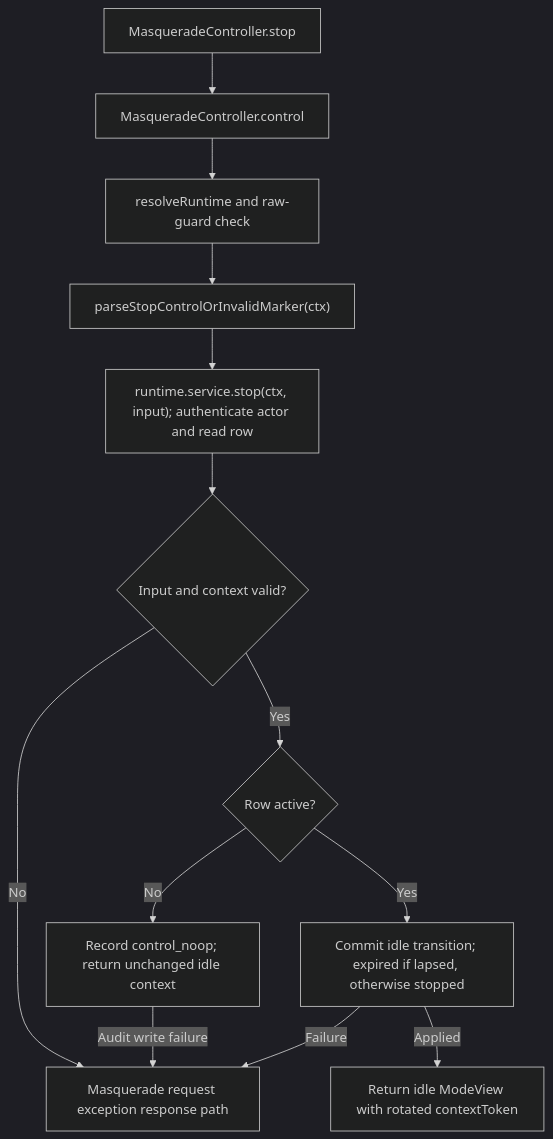
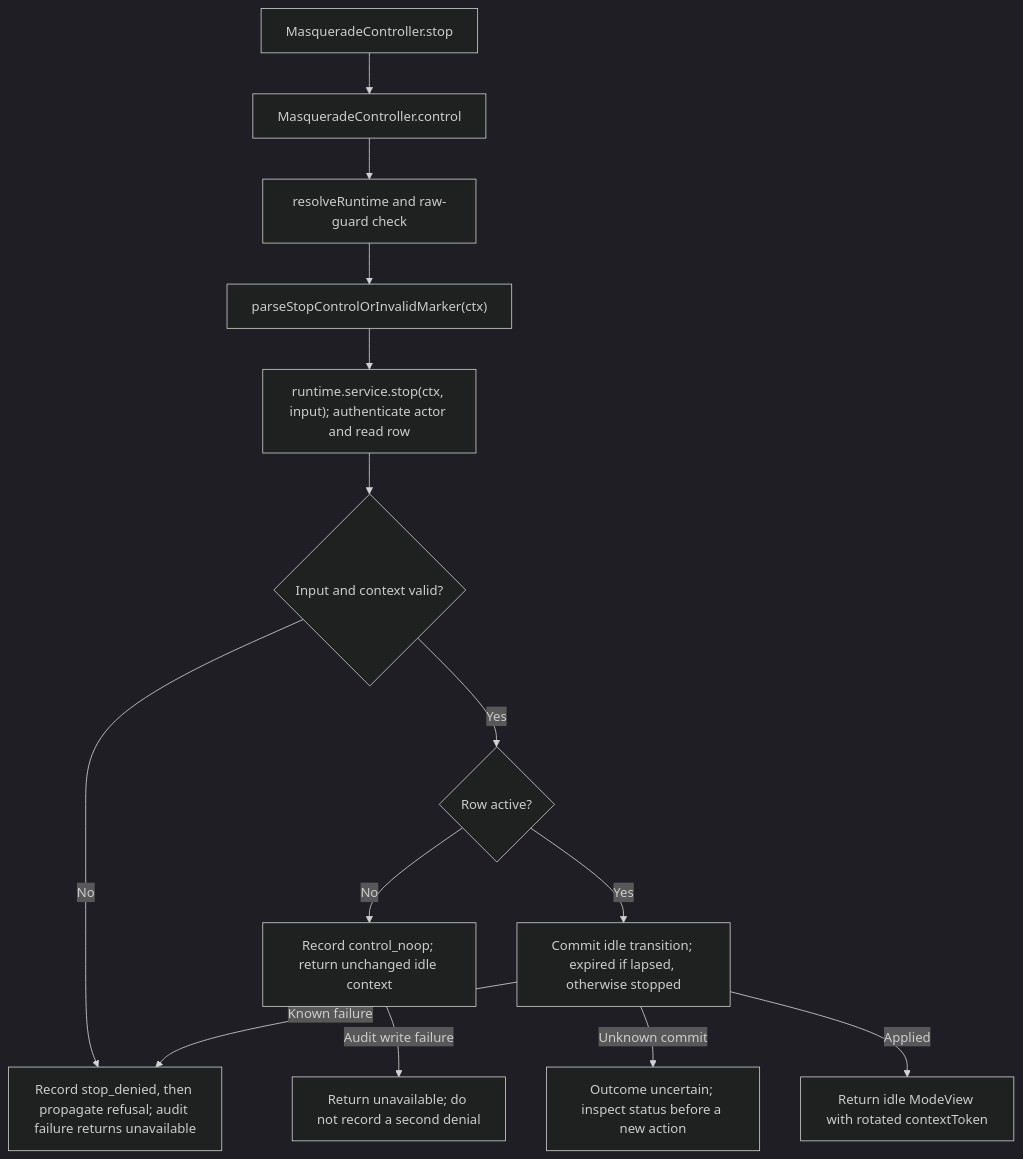
One commit to Kevinjohn/oss-adonisjs-masquerade changed the second of 2 diagrams in user-stories/start-stop-mode/us-actor-04-stop-mode.md. Above: the diagram before and after it, drawn with Mermaid (dark theme). The commit also changed other lines of this file and 14 other files, not shown here.

````diff
--- a/user-stories/start-stop-mode/us-actor-04-stop-mode.md
+++ b/user-stories/start-stop-mode/us-actor-04-stop-mode.md
@@ -41,15 +41,16 @@
 ```mermaid
 flowchart TD
     A["MasqueradeController.stop"] --> B["MasqueradeController.control"]
     B --> C["resolveRuntime and raw-guard check"]
     C --> D["parseStopControlOrInvalidMarker(ctx)"]
     D --> E["runtime.service.stop(ctx, input); authenticate actor and read row"]
     E --> F{"Input and context valid?"}
-    F -->|No| H["Masquerade request exception response path"]
+    F -->|No| H["Record stop_denied, then propagate refusal; audit failure returns unavailable"]
     F -->|Yes| Q{"Row active?"}
     Q -->|No| K["Record control_noop; return unchanged idle context"]
-    K -->|Audit write failure| H
+    K -->|Audit write failure| V["Return unavailable; do not record a second denial"]
     Q -->|Yes| G["Commit idle transition; expired if lapsed, otherwise stopped"]
-    G -->|Failure| H
+    G -->|Known failure| H
+    G -->|Unknown commit| U["Outcome uncertain; inspect status before a new action"]
     G -->|Applied| I["Return idle ModeView with rotated contextToken"]
 ```
````
